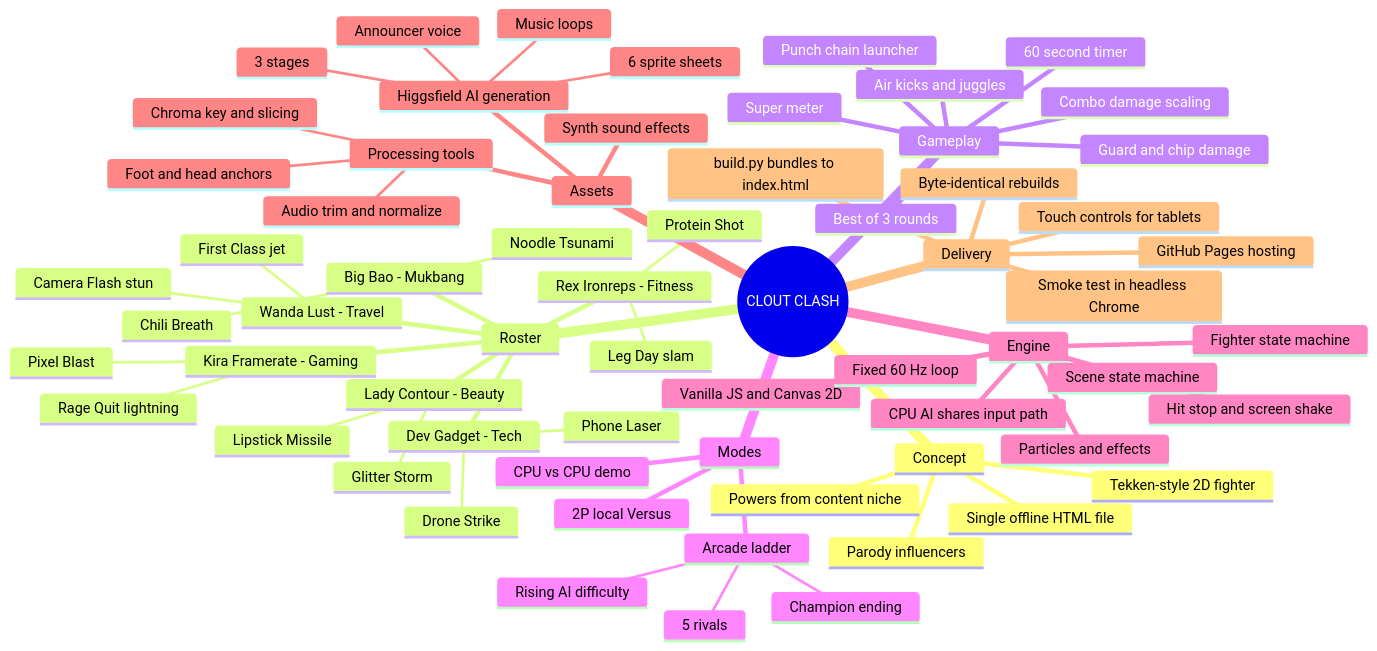
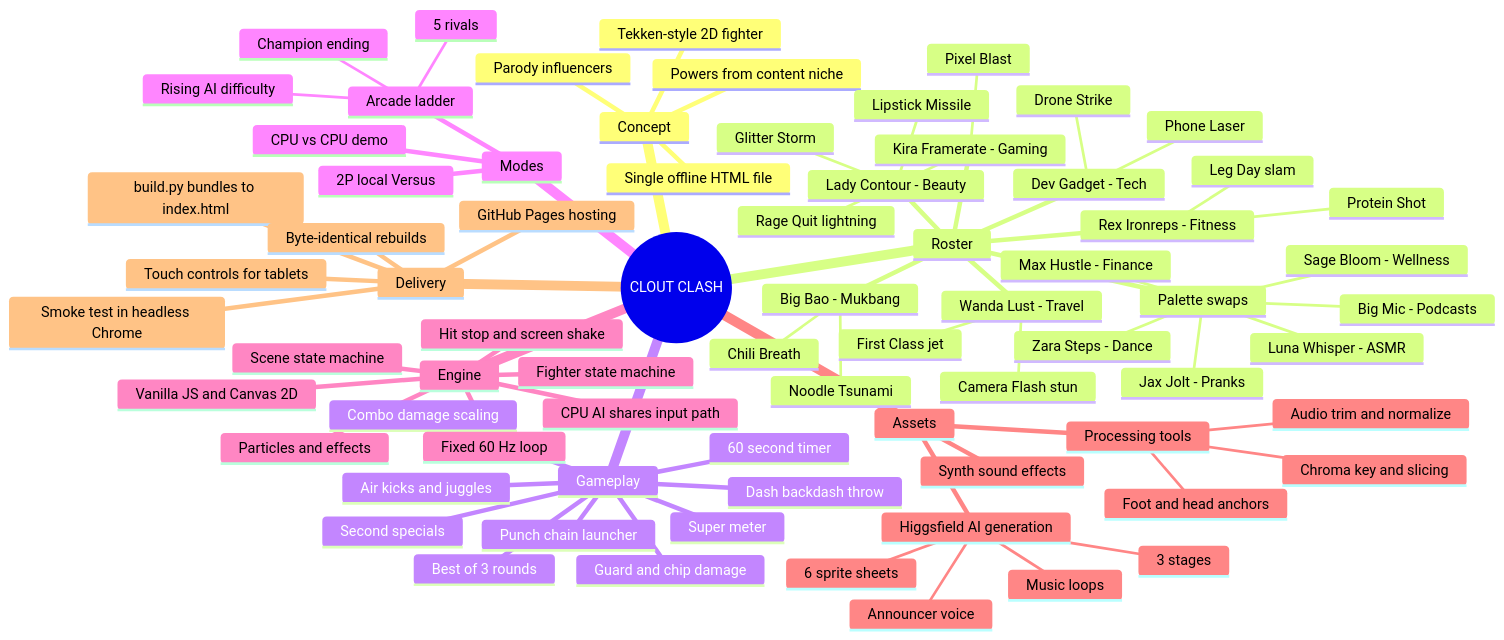
The first of 2 diagrams in docs/MINDMAP.md (atharvkmore/clout-clash), drawn with Mermaid before and after one commit. The commit also changed 12 other files, not shown here.

````diff
--- a/docs/MINDMAP.md
+++ b/docs/MINDMAP.md
@@ -12,68 +12,77 @@
 ```mermaid
 mindmap
   root((CLOUT CLASH))
     Concept
       Tekken-style 2D fighter
       Parody influencers
       Powers from content niche
       Single offline HTML file
     Roster
       Rex Ironreps - Fitness
         Protein Shot
         Leg Day slam
       Kira Framerate - Gaming
         Pixel Blast
         Rage Quit lightning
       Big Bao - Mukbang
         Chili Breath
         Noodle Tsunami
       Dev Gadget - Tech
         Phone Laser
         Drone Strike
       Lady Contour - Beauty
         Lipstick Missile
         Glitter Storm
       Wanda Lust - Travel
         Camera Flash stun
         First Class jet
+      Palette swaps
+        Max Hustle - Finance
+        Luna Whisper - ASMR
+        Big Mic - Podcasts
+        Jax Jolt - Pranks
+        Zara Steps - Dance
+        Sage Bloom - Wellness
     Gameplay
       Best of 3 rounds
       60 second timer
       Punch chain launcher
       Air kicks and juggles
       Guard and chip damage
       Combo damage scaling
+      Second specials
+      Dash backdash throw
       Super meter
     Modes
       Arcade ladder
         5 rivals
         Rising AI difficulty
         Champion ending
       2P local Versus
       CPU vs CPU demo
     Engine
       Vanilla JS and Canvas 2D
       Fixed 60 Hz loop
       Scene state machine
       Fighter state machine
       Hit stop and screen shake
       Particles and effects
       CPU AI shares input path
     Assets
       Higgsfield AI generation
         6 sprite sheets
         3 stages
         Music loops
         Announcer voice
       Processing tools
         Chroma key and slicing
         Foot and head anchors
         Audio trim and normalize
       Synth sound effects
     Delivery
       build.py bundles to index.html
       Byte-identical rebuilds
       Smoke test in headless Chrome
       GitHub Pages hosting
       Touch controls for tablets
 ```
````
